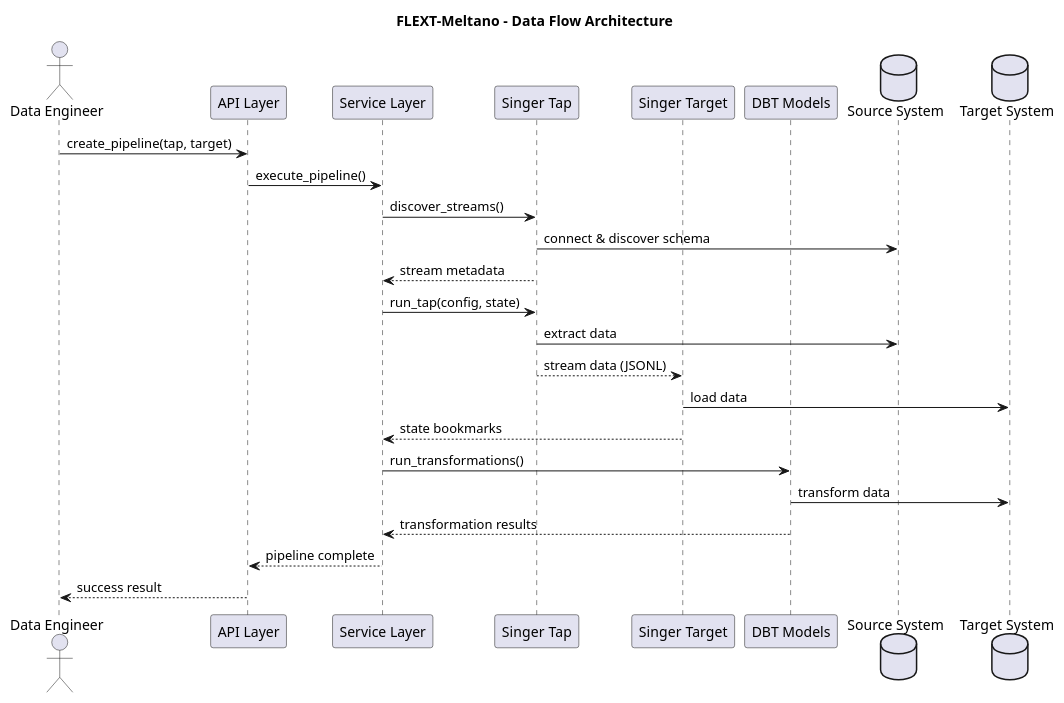
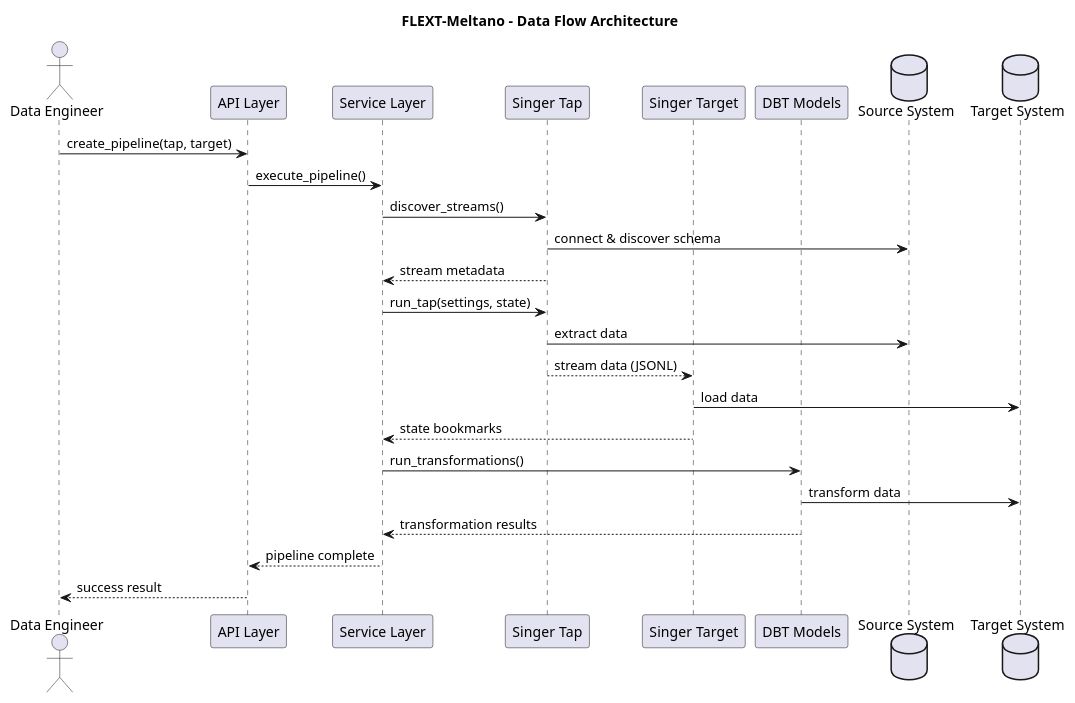
Before and after one commit to flext-sh/flext-meltano: the fourth of 6 diagrams in docs/architecture/diagrams.puml, drawn with PlantUML. The commit also changed other lines of this file and 70 other files, not shown here.

```diff
--- a/docs/architecture/diagrams.puml
+++ b/docs/architecture/diagrams.puml
@@ -107,28 +107,28 @@
 @startuml FLEXT-Meltano Data Flow
 title FLEXT-Meltano - Data Flow Architecture
 
 actor "Data Engineer" as user
 participant "API Layer" as api
 participant "Service Layer" as service
 participant "Singer Tap" as tap
 participant "Singer Target" as target
 participant "DBT Models" as dbt
 database "Source System" as source
 database "Target System" as destination
 
 user -> api: create_pipeline(tap, target)
 api -> service: execute_pipeline()
 service -> tap: discover_streams()
 tap -> source: connect & discover schema
 tap --> service: stream metadata
-service -> tap: run_tap(config, state)
+service -> tap: run_tap(settings, state)
 tap -> source: extract data
 tap --> target: stream data (JSONL)
 target -> destination: load data
 target --> service: state bookmarks
 service -> dbt: run_transformations()
 dbt -> destination: transform data
 dbt --> service: transformation results
 service --> api: pipeline complete
 api --> user: success result
 @enduml
```
